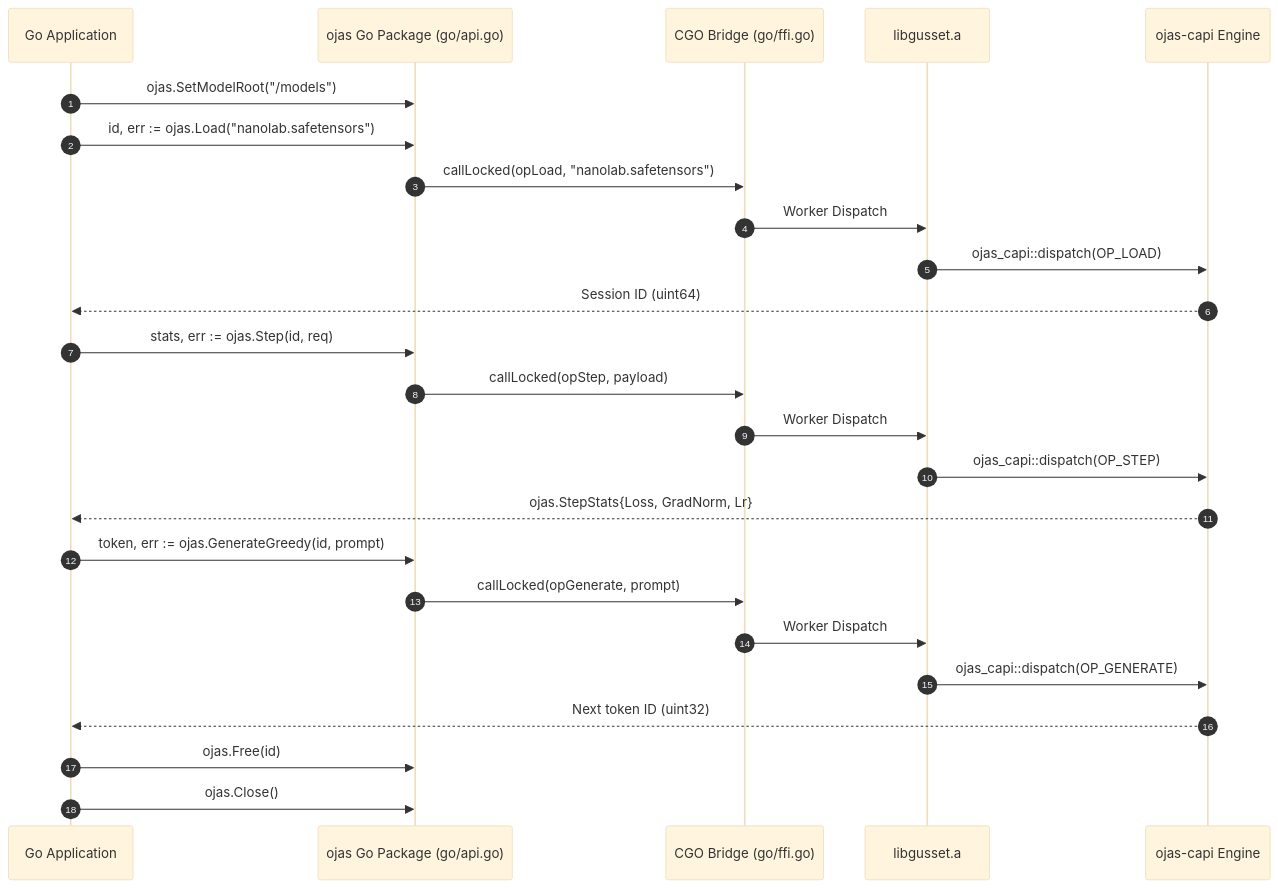
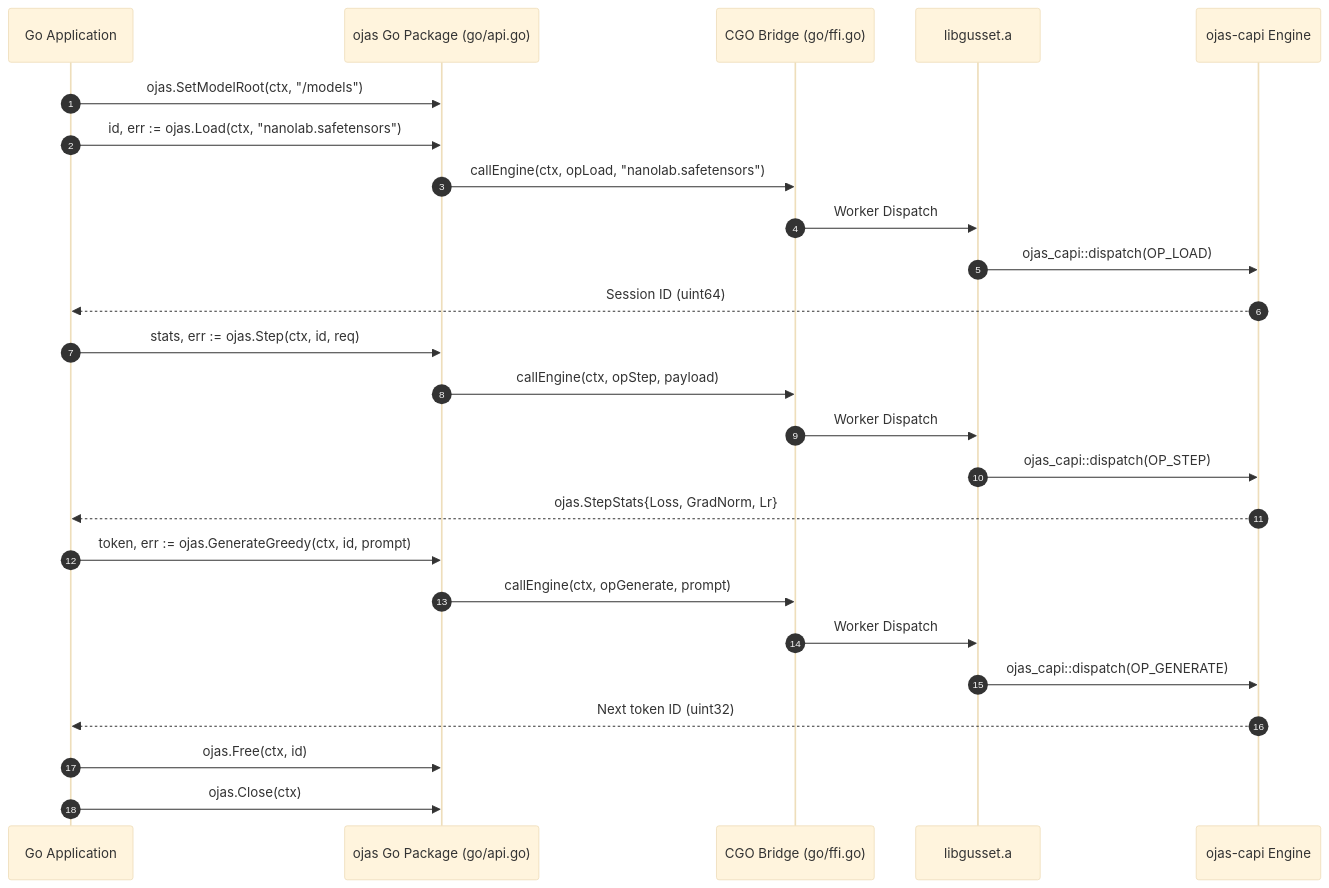
Before and after one commit to bharathvbcr/ojas: the diagram in go/README.md, drawn with Mermaid (base theme). The commit also changed other lines of this file and 17 other files, not shown here.

````diff
--- a/go/README.md
+++ b/go/README.md
@@ -9,31 +9,31 @@
 ```mermaid
 sequenceDiagram
     autonumber
     participant App as Go Application
     participant SDK as ojas Go Package (go/api.go)
     participant FFI as CGO Bridge (go/ffi.go)
     participant Gusset as libgusset.a
     participant Rust as ojas-capi Engine
 
-    App->>SDK: ojas.SetModelRoot("/models")
-    App->>SDK: id, err := ojas.Load("nanolab.safetensors")
-    SDK->>FFI: callLocked(opLoad, "nanolab.safetensors")
+    App->>SDK: ojas.SetModelRoot(ctx, "/models")
+    App->>SDK: id, err := ojas.Load(ctx, "nanolab.safetensors")
+    SDK->>FFI: callEngine(ctx, opLoad, "nanolab.safetensors")
     FFI->>Gusset: Worker Dispatch
     Gusset->>Rust: ojas_capi::dispatch(OP_LOAD)
     Rust-->>App: Session ID (uint64)
 
-    App->>SDK: stats, err := ojas.Step(id, req)
-    SDK->>FFI: callLocked(opStep, payload)
+    App->>SDK: stats, err := ojas.Step(ctx, id, req)
+    SDK->>FFI: callEngine(ctx, opStep, payload)
     FFI->>Gusset: Worker Dispatch
     Gusset->>Rust: ojas_capi::dispatch(OP_STEP)
     Rust-->>App: ojas.StepStats{Loss, GradNorm, Lr}
 
-    App->>SDK: token, err := ojas.GenerateGreedy(id, prompt)
-    SDK->>FFI: callLocked(opGenerate, prompt)
+    App->>SDK: token, err := ojas.GenerateGreedy(ctx, id, prompt)
+    SDK->>FFI: callEngine(ctx, opGenerate, prompt)
     FFI->>Gusset: Worker Dispatch
     Gusset->>Rust: ojas_capi::dispatch(OP_GENERATE)
     Rust-->>App: Next token ID (uint32)
 
-    App->>SDK: ojas.Free(id)
-    App->>SDK: ojas.Close()
+    App->>SDK: ojas.Free(ctx, id)
+    App->>SDK: ojas.Close(ctx)
 ```
````
